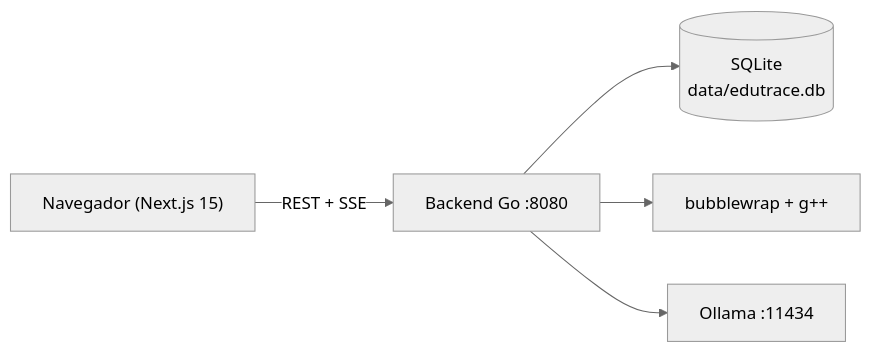
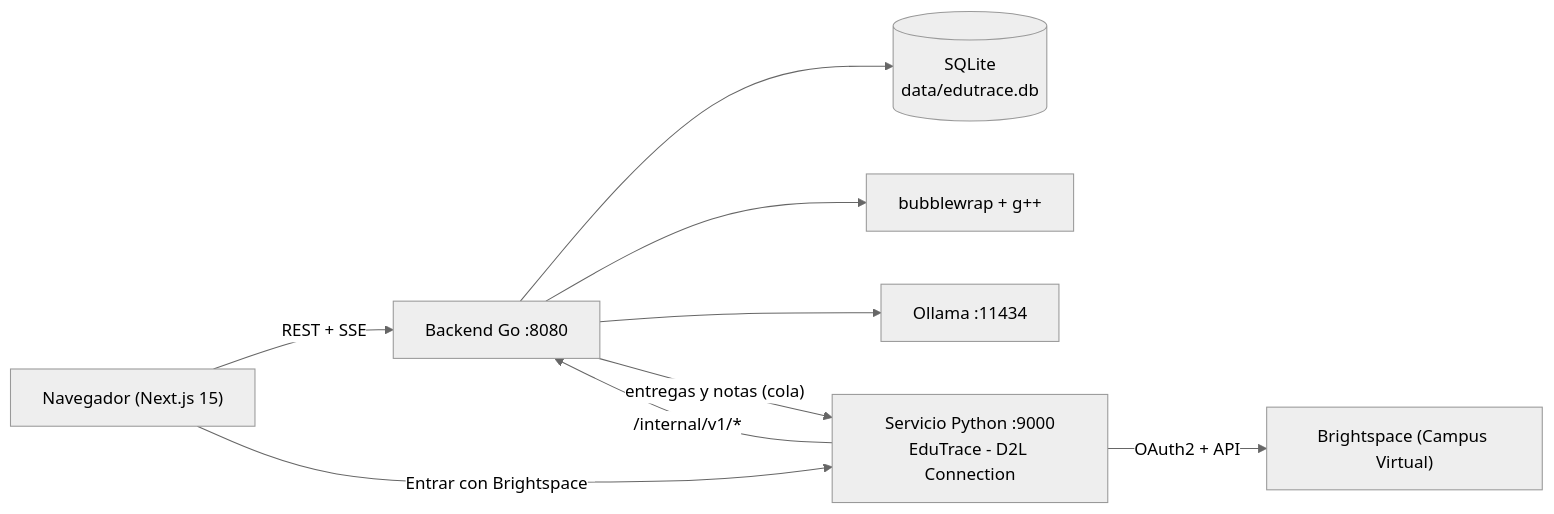
Before and after one commit to alejandrogonzalezo1055/EDU-TRACE: the diagram in README.md, drawn with Mermaid (neutral theme). The commit also changed other lines of this file and 11 other files, not shown here.

````diff
--- a/README.md
+++ b/README.md
@@ -55,7 +77,11 @@
 ```mermaid
 flowchart LR
     W["Navegador (Next.js 15)"] -->|"REST + SSE"| B["Backend Go :8080"]
     B --> D[("SQLite<br/>data/edutrace.db")]
     B --> S["bubblewrap + g++"]
     B --> O["Ollama :11434"]
+    W -->|"Entrar con Brightspace"| P["Servicio Python :9000<br/>EduTrace - D2L Connection"]
+    P -->|"/internal/v1/*"| B
+    B -->|"entregas y notas (cola)"| P
+    P -->|"OAuth2 + API"| L["Brightspace (Campus Virtual)"]
 ```
````
